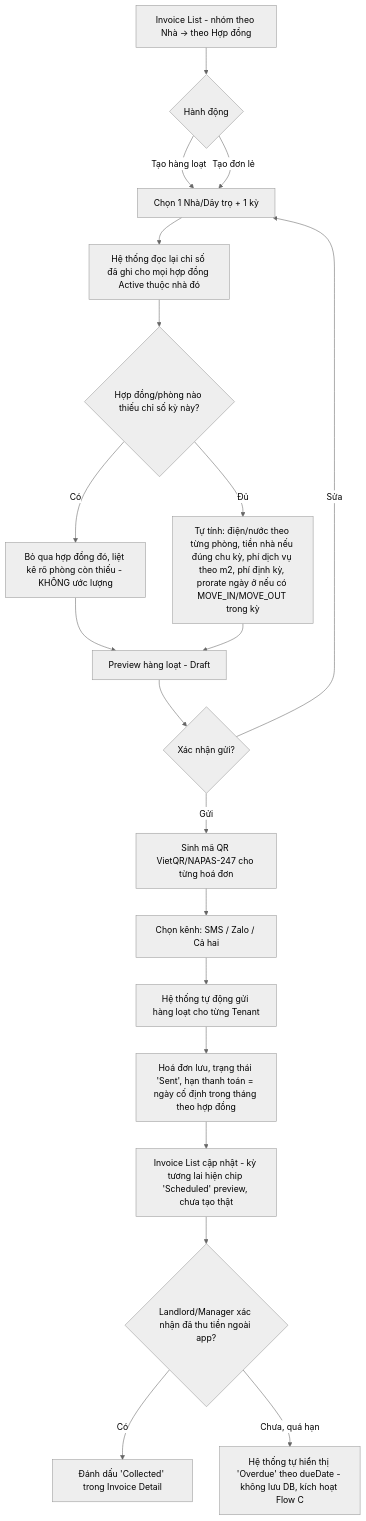
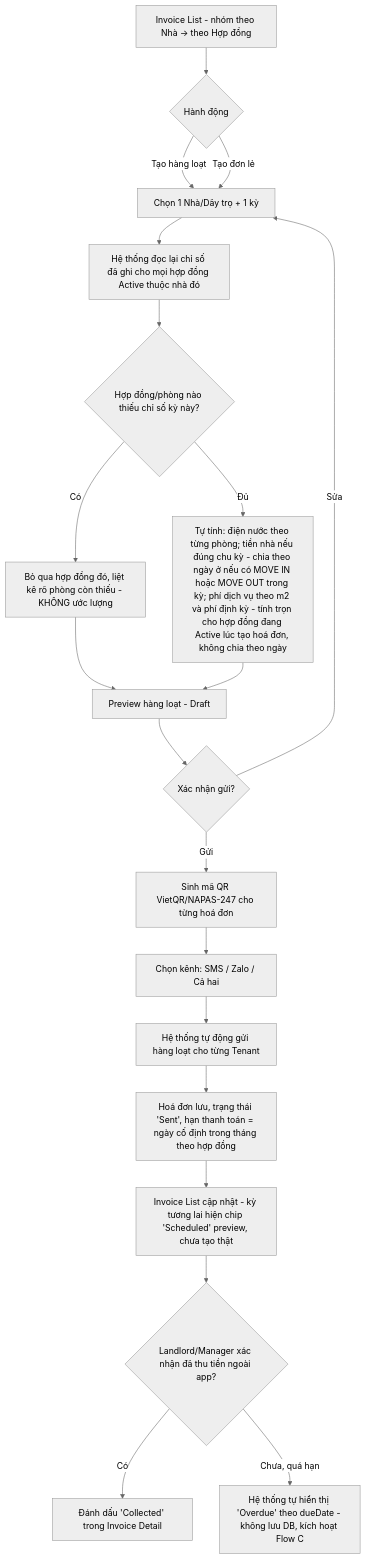
The fifth of 8 diagrams in docs/USER-FLOWS.md (townsoft-dev/biztown-rent), drawn with Mermaid (neutral theme) before and after one commit. The commit also changed other lines of this file and 10 other files, not shown here.

Commit message:
sau ra soát phát hiện 7 điểm không hợp lý, update lại tài liệu

````diff
--- a/docs/USER-FLOWS.md
+++ b/docs/USER-FLOWS.md
@@ -150,22 +150,22 @@
 ```mermaid
 flowchart TD
     A[Invoice List - nhóm theo Nhà -> theo Hợp đồng] --> B{Hành động}
     B -- Tạo hàng loạt --> C[Chọn 1 Nhà/Dãy trọ + 1 kỳ]
     C --> D[Hệ thống đọc lại chỉ số đã ghi cho mọi hợp đồng Active thuộc nhà đó]
     D --> E{Hợp đồng/phòng nào thiếu chỉ số kỳ này?}
     E -- Có --> F[Bỏ qua hợp đồng đó, liệt kê rõ phòng còn thiếu - KHÔNG ước lượng]
-    E -- Đủ --> G[Tự tính: điện/nước theo từng phòng, tiền nhà nếu đúng chu kỳ, phí dịch vụ theo m2, phí định kỳ, prorate ngày ở nếu có MOVE_IN/MOVE_OUT trong kỳ]
+    E -- Đủ --> G[Tự tính: điện nước theo từng phòng; tiền nhà nếu đúng chu kỳ - chia theo ngày ở nếu có MOVE IN hoặc MOVE OUT trong kỳ; phí dịch vụ theo m2 và phí định kỳ - tính trọn cho hợp đồng đang Active lúc tạo hoá đơn, không chia theo ngày]
     B -- Tạo đơn lẻ --> C
     F --> H[Preview hàng loạt - Draft]
     G --> H
     H --> I{Xác nhận gửi?}
     I -- Sửa --> C
     I -- Gửi --> J[Sinh mã QR VietQR/NAPAS-247 cho từng hoá đơn]
     J --> K[Chọn kênh: SMS / Zalo / Cả hai]
     K --> L[Hệ thống tự động gửi hàng loạt cho từng Tenant]
     L --> M[Hoá đơn lưu, trạng thái 'Sent', hạn thanh toán = ngày cố định trong tháng theo hợp đồng]
     M --> N[Invoice List cập nhật - kỳ tương lai hiện chip 'Scheduled' preview, chưa tạo thật]
     N --> O{Landlord/Manager xác nhận đã thu tiền ngoài app?}
     O -- Có --> P[Đánh dấu 'Collected' trong Invoice Detail]
     O -- Chưa, quá hạn --> Q[Hệ thống tự hiển thị 'Overdue' theo dueDate - không lưu DB, kích hoạt Flow C]
 ```
````
